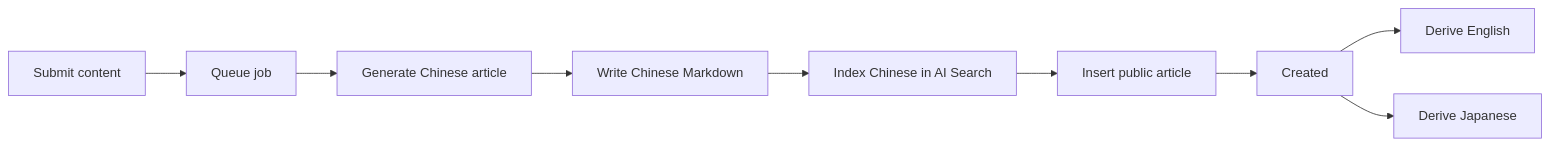
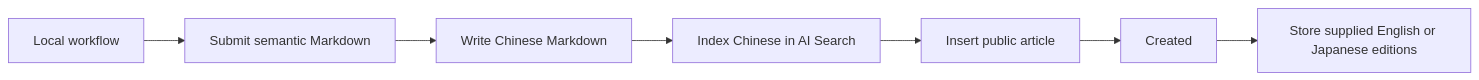
Before and after one commit to Pleasurecruise/my-knowledge: the diagram in README.md, drawn with Mermaid. The commit also changed other lines of this file and 89 other files, not shown here.

````diff
--- a/README.md
+++ b/README.md
@@ -13,11 +12,9 @@
 ```mermaid
 flowchart LR
-  submit[Submit content] --> queue[Queue job]
-  queue --> write[Generate Chinese article]
-  write --> r2[Write Chinese Markdown]
+  local[Local workflow] --> submit[Submit semantic Markdown]
+  submit --> r2[Write Chinese Markdown]
   r2 --> index[Index Chinese in AI Search]
   index --> save[Insert public article]
   save --> done[Created]
-  done --> en[Derive English]
-  done --> ja[Derive Japanese]
+  done --> editions[Store supplied English or Japanese editions]
 ```
````
